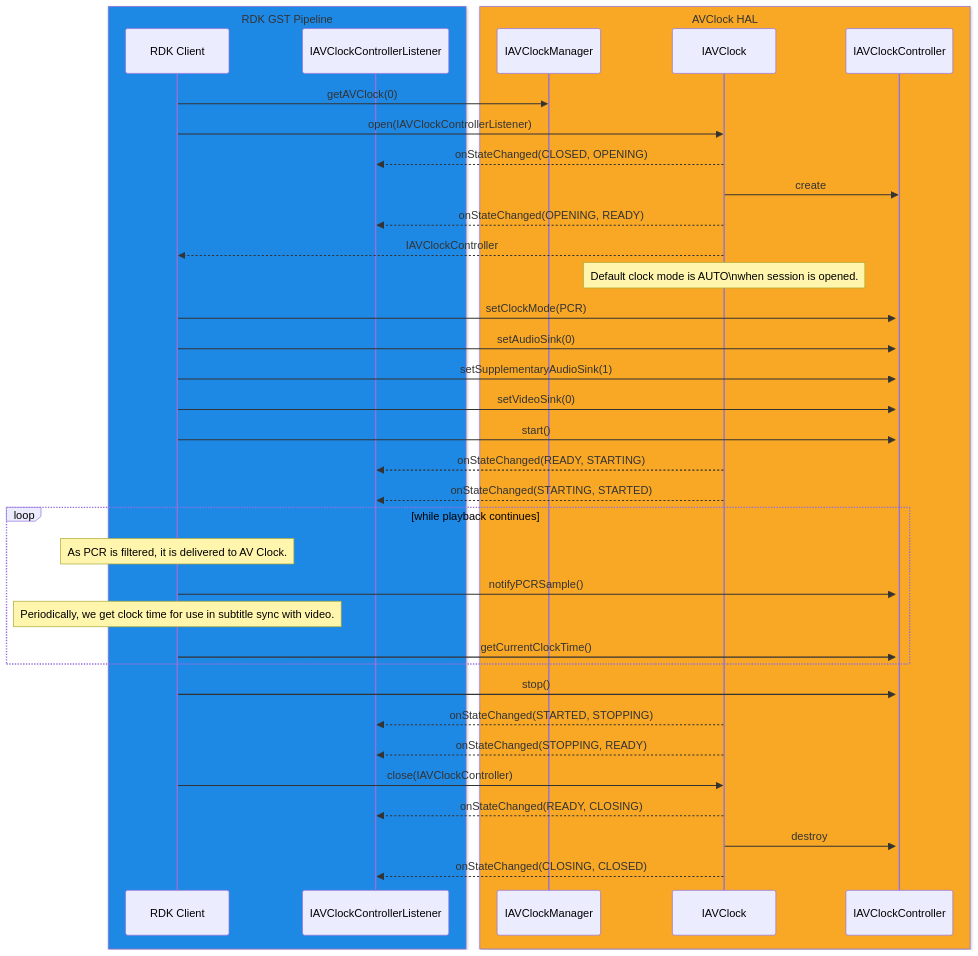
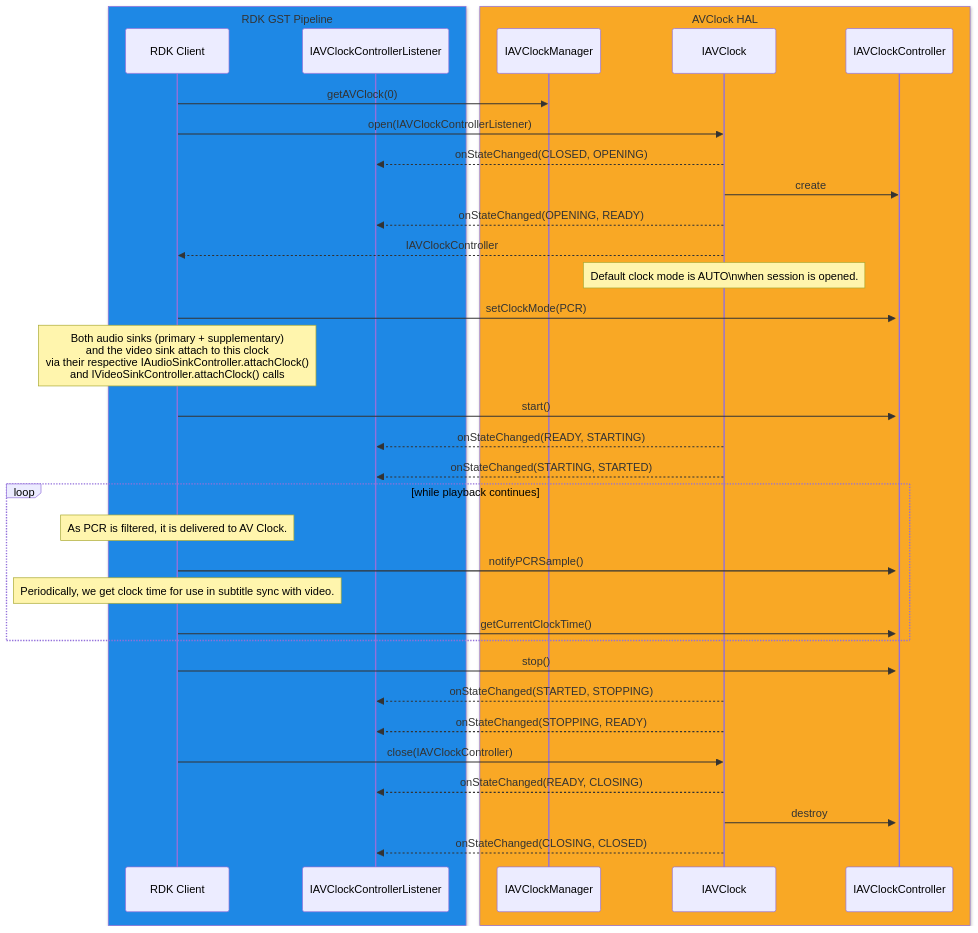
Before and after one commit to rdkcentral/rdk-halif-aidl: the sixth of 7 diagrams in docs/halif/av_clock/current/av_clock.md, drawn with Mermaid. The commit also changed other lines of this file and 7 other files, not shown here.

````diff
--- a/docs/halif/av_clock/current/av_clock.md
+++ b/docs/halif/av_clock/current/av_clock.md
@@ -450,41 +444,39 @@
 ```mermaid
 sequenceDiagram
     box rgb(30,136,229) RDK GST Pipeline
       participant Client as RDK Client
       participant Listener as IAVClockControllerListener
     end
     box rgb(249,168,37) AVClock HAL
       participant CLKMAN as IAVClockManager
       participant CLK as IAVClock
       participant CTRL as IAVClockController
     end
 
     Client->>CLKMAN: getAVClock(0)
     Client->>CLK: open(IAVClockControllerListener)
     CLK-->>Listener: onStateChanged(CLOSED, OPENING)
     CLK->>CTRL: create
     activate CTRL
     CLK-->>Listener: onStateChanged(OPENING, READY)
     CLK-->>Client: IAVClockController
     note over CLK: Default clock mode is AUTO\nwhen session is opened.
     Client->>CTRL: setClockMode(PCR)
-    Client->>CTRL: setAudioSink(0)
-    Client->>CTRL: setSupplementaryAudioSink(1)
-    Client->>CTRL: setVideoSink(0)
+    note over Client: Both audio sinks (primary + supplementary)<br>and the video sink attach to this clock<br>via their respective IAudioSinkController.attachClock()<br>and IVideoSinkController.attachClock() calls
     Client->>CTRL: start()
     CLK-->>Listener: onStateChanged(READY, STARTING)
     CLK-->>Listener: onStateChanged(STARTING, STARTED)
     loop while playback continues
       note over Client: As PCR is filtered, it is delivered to AV Clock.
       Client->>CTRL: notifyPCRSample()
       note over Client: Periodically, we get clock time for use in subtitle sync with video.
       Client->>CTRL: getCurrentClockTime()
     end
     Client->>CTRL: stop()
     CLK-->>Listener: onStateChanged(STARTED, STOPPING)
     CLK-->>Listener: onStateChanged(STOPPING, READY)
     Client->>CLK: close(IAVClockController)
     CLK-->>Listener: onStateChanged(READY, CLOSING)
     CLK->>CTRL: destroy
     CLK-->>Listener: onStateChanged(CLOSING, CLOSED)
 ```
````
